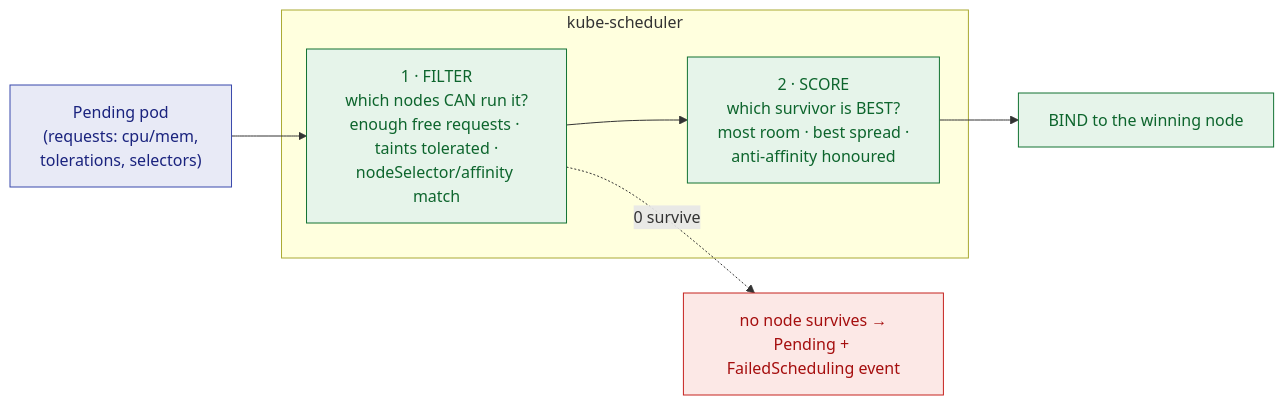
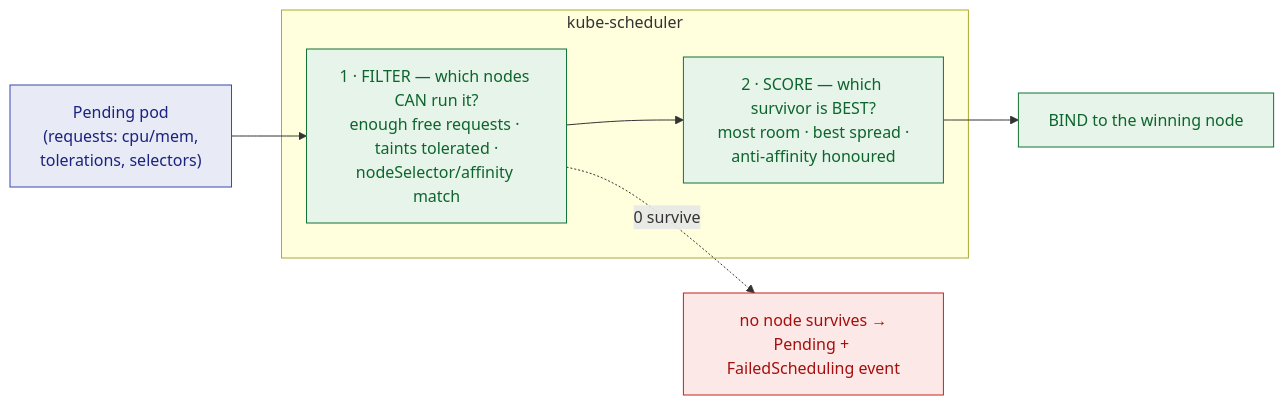
One commit to serhat-dirik/OCP-Getting-Started-Revamped changed the diagram in content/modules/ROOT/examples/diagrams/deployment-targets-scheduling/01-scheduler-pipeline.mmd. Above: the diagram before and after it, drawn with Mermaid. The commit also changed 23 other files, not shown here.

```diff
--- a/content/modules/ROOT/examples/diagrams/deployment-targets-scheduling/01-scheduler-pipeline.mmd
+++ b/content/modules/ROOT/examples/diagrams/deployment-targets-scheduling/01-scheduler-pipeline.mmd
@@ -1,15 +1,20 @@
+%% Scheduler pipeline — Deployment Targets & Scheduling.
+%% Filter, then score, then bind — the two-step pipeline concept.adoc walks node by node, plus the
+%% no-survivor branch. Keep the words filter/score/bind, "survivors", Pending and FailedScheduling.
+%% Rewrapped 2026-08-23: `filter` and `score` each carried four label lines. The step number and
+%% its question now share one line, joined by an em dash. No word changed.
 graph LR
   pod["Pending pod<br/>(requests: cpu/mem,<br/>tolerations, selectors)"]
   subgraph sched["kube-scheduler"]
-    filter["1 · FILTER<br/>which nodes CAN run it?<br/>enough free requests · taints tolerated ·<br/>nodeSelector/affinity match"]
-    score["2 · SCORE<br/>which survivor is BEST?<br/>most room · best spread ·<br/>anti-affinity honoured"]
+    filter["1 · FILTER — which nodes CAN run it?<br/>enough free requests · taints tolerated ·<br/>nodeSelector/affinity match"]
+    score["2 · SCORE — which survivor is BEST?<br/>most room · best spread ·<br/>anti-affinity honoured"]
   end
   bind["BIND to the winning node"]
   fail["no node survives →<br/>Pending + FailedScheduling event"]
   pod --> filter --> score --> bind
   filter -. "0 survive" .-> fail
   classDef p fill:#e8eaf6,stroke:#3949ab,color:#1a237e;
   classDef s fill:#e6f4ea,stroke:#137333,color:#0d652d;
   classDef b fill:#e6f4ea,stroke:#137333,color:#0d652d;
   classDef f fill:#fce8e6,stroke:#c5221f,color:#a50e0e;
   class pod p; class filter,score s; class bind b; class fail f;
```
